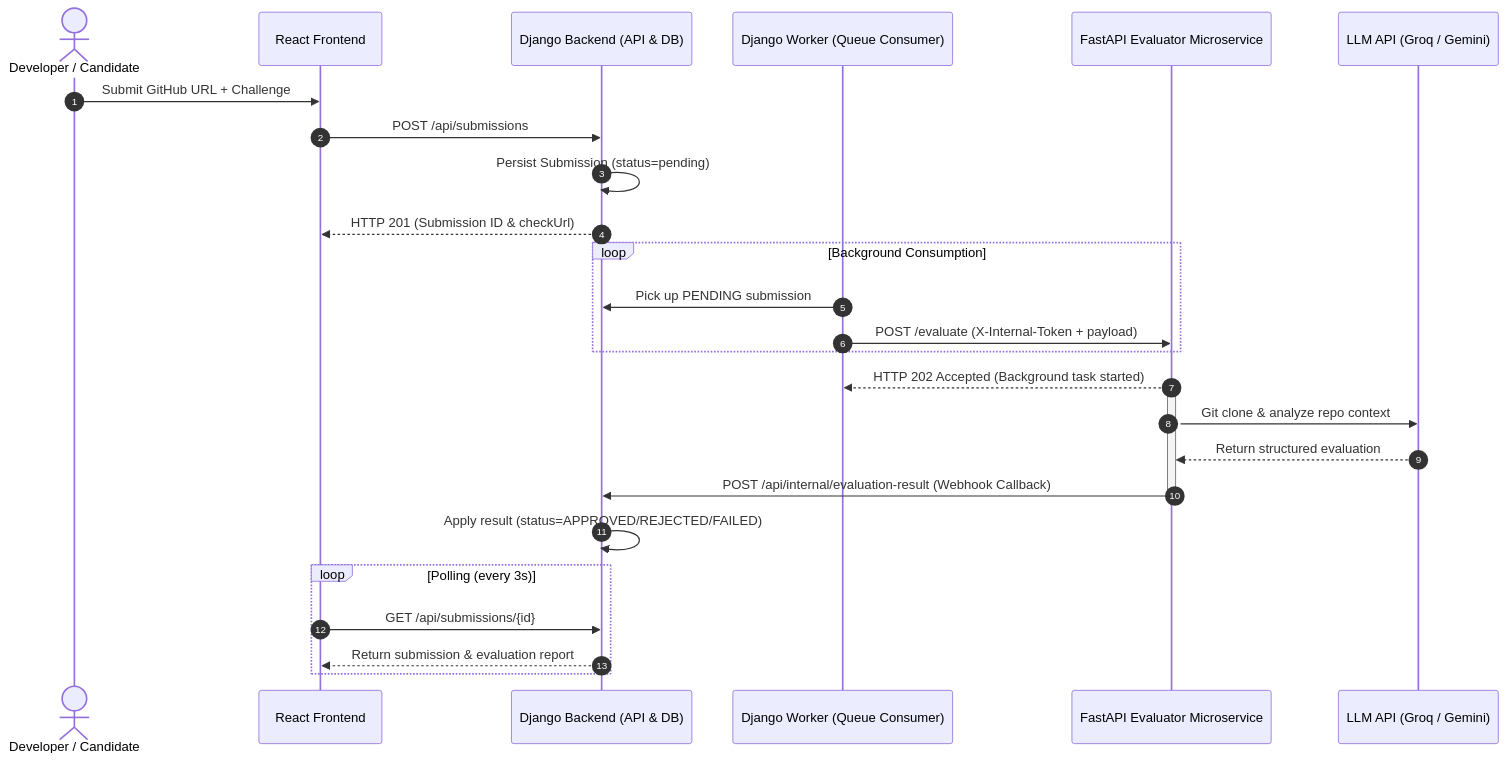
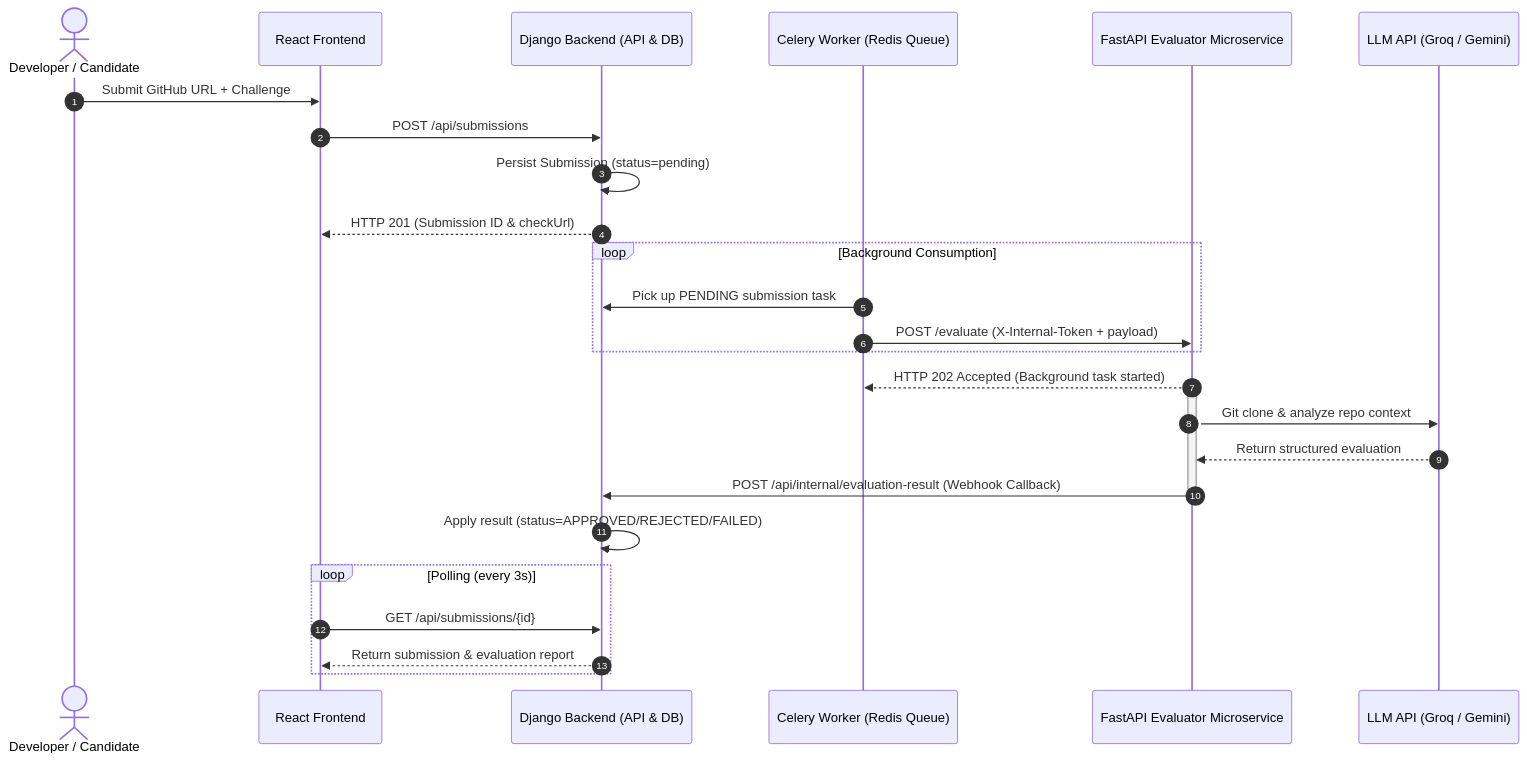
Before and after one commit to gabrielcjr/technical_challenge_reviewer: the diagram in README.md, drawn with Mermaid. The commit also changed other lines of this file and 18 other files, not shown here.

Commit message:
Migrate backend and AI microservice to Celery and Redis

````diff
--- a/README.md
+++ b/README.md
@@ -22,34 +22,34 @@
 ```mermaid
 sequenceDiagram
     autonumber
     actor User as Developer / Candidate
     participant SPA as React Frontend
     participant Django as Django Backend (API & DB)
-    participant Worker as Django Worker (Queue Consumer)
+    participant Celery as Celery Worker (Redis Queue)
     participant Evaluator as FastAPI Evaluator Microservice
     participant LLM as LLM API (Groq / Gemini)
 
     User->>SPA: Submit GitHub URL + Challenge
     SPA->>Django: POST /api/submissions
     Django->>Django: Persist Submission (status=pending)
     Django-->>SPA: HTTP 201 (Submission ID & checkUrl)
 
     loop Background Consumption
-        Worker->>Django: Pick up PENDING submission
-        Worker->>Evaluator: POST /evaluate (X-Internal-Token + payload)
+        Celery->>Django: Pick up PENDING submission task
+        Celery->>Evaluator: POST /evaluate (X-Internal-Token + payload)
     end
-    Evaluator-->>Worker: HTTP 202 Accepted (Background task started)
+    Evaluator-->>Celery: HTTP 202 Accepted (Background task started)
 
     activate Evaluator
     Evaluator->>LLM: Git clone & analyze repo context
     LLM-->>Evaluator: Return structured evaluation
     Evaluator->>Django: POST /api/internal/evaluation-result (Webhook Callback)
     deactivate Evaluator
 
     Django->>Django: Apply result (status=APPROVED/REJECTED/FAILED)
     
     loop Polling (every 3s)
         SPA->>Django: GET /api/submissions/{id}
         Django-->>SPA: Return submission & evaluation report
     end
 ```
````
